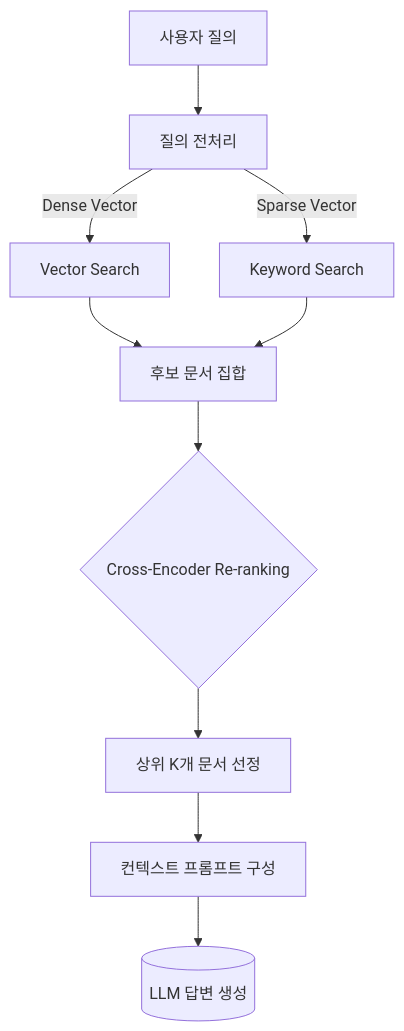
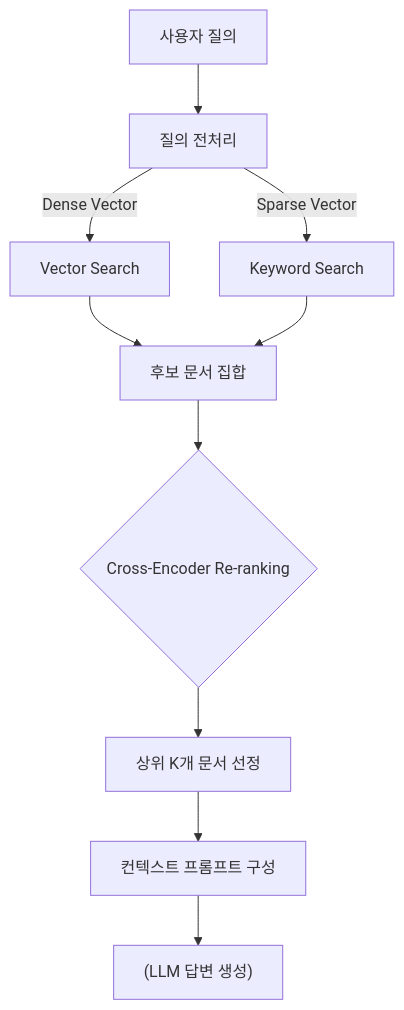
Before and after one commit to rebugui/rebugui.github.io: the diagram in content/post/AI/RAG-Optimization-검색-정확도와-성능을-극대화하는-튜닝-전략/index.md, drawn with Mermaid. The commit also changed other lines of this file and 430 other files, not shown here.

Commit message:
fix: 표 깨짐 424글 복구(Notion 왕복 collapse) + mermaid 문법오류 7건 교정(괄호 라벨 따옴표·기형 엣지·placeholder 제거)

````diff
--- a/content/post/AI/RAG-Optimization-검색-정확도와-성능을-극대화하는-튜닝-전략/index.md
+++ b/content/post/AI/RAG-Optimization-검색-정확도와-성능을-극대화하는-튜닝-전략/index.md
@@ -43,12 +43,12 @@
 ```mermaid
 graph TD
     User[사용자 질의] --> Query[질의 전처리]
     Query -->|Dense Vector| VectorDB[Vector Search]
     Query -->|Sparse Vector| BM25[Keyword Search]
     VectorDB --> Candidate1[후보 문서 집합]
     BM25 --> Candidate1
     Candidate1 --> ReRanker{Cross-Encoder Re-ranking}
     ReRanker --> TopK[상위 K개 문서 선정]
     TopK --> Context[컨텍스트 프롬프트 구성]
-    Context --> LLM[(LLM 답변 생성)]
+    Context --> LLM["(LLM 답변 생성)"]
 ```
````
